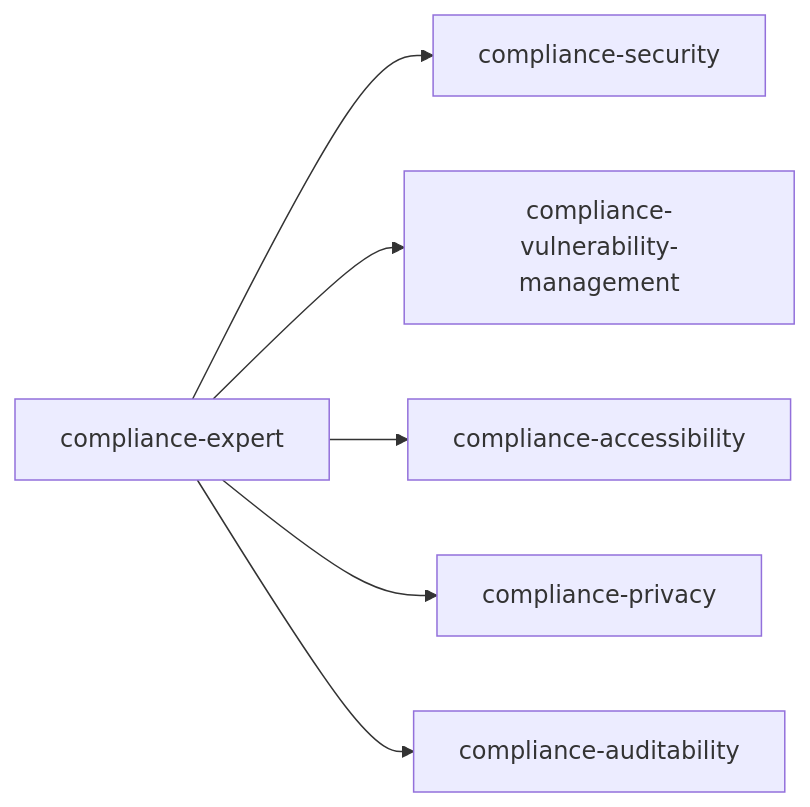
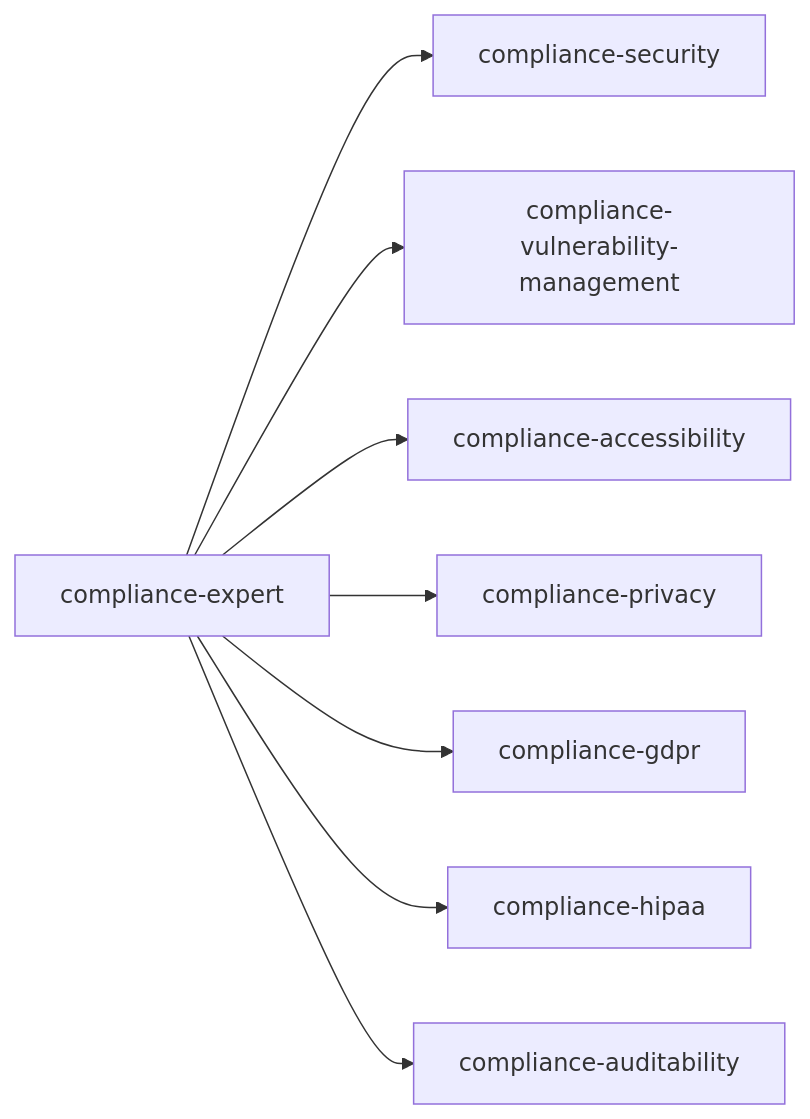
One commit to pnewsam/skills changed the ninth of 14 diagrams in README.md. Above: the diagram before and after it, drawn with Mermaid. The commit also changed other lines of this file and 35 other files, not shown here.

````diff
--- a/README.md
+++ b/README.md
@@ -291,8 +292,10 @@
 ```mermaid
 flowchart LR
     CX[compliance-expert] --> CS[compliance-security]
     CX --> CVM[compliance-vulnerability-management]
     CX --> CA[compliance-accessibility]
     CX --> CP[compliance-privacy]
+    CX --> CG[compliance-gdpr]
+    CX --> CH[compliance-hipaa]
     CX --> CAT[compliance-auditability]
 ```
````
